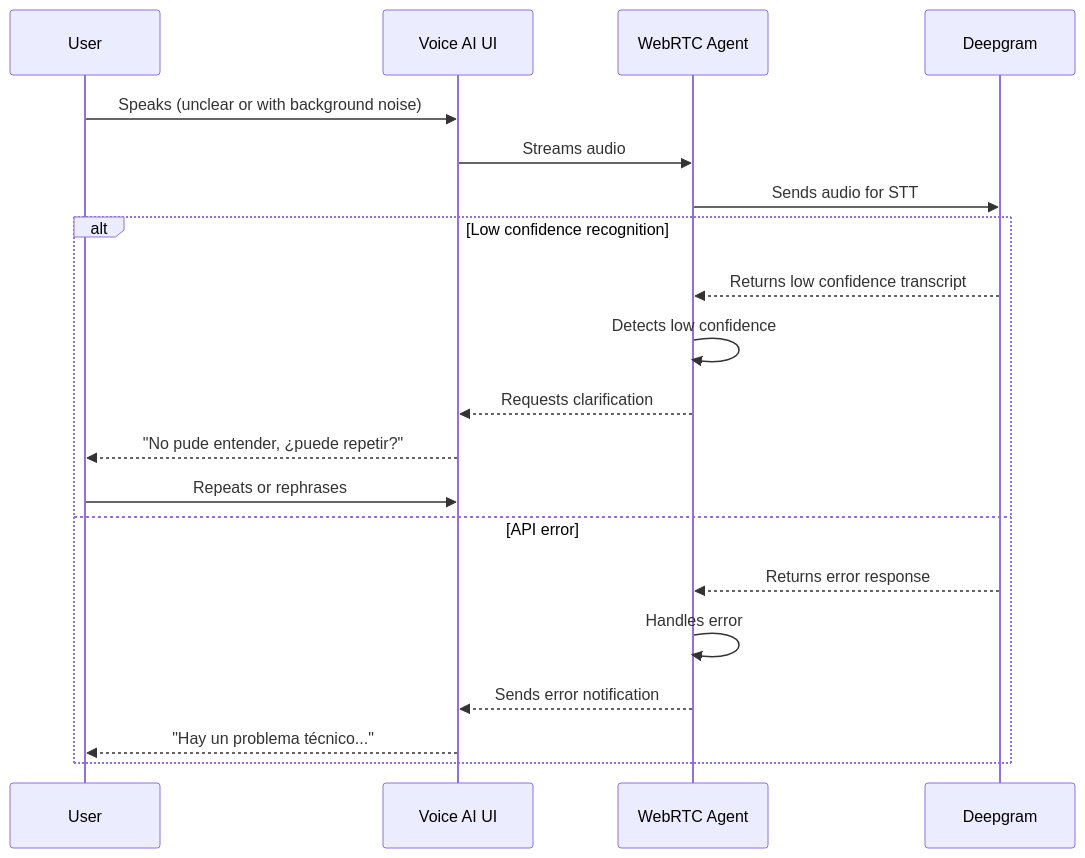
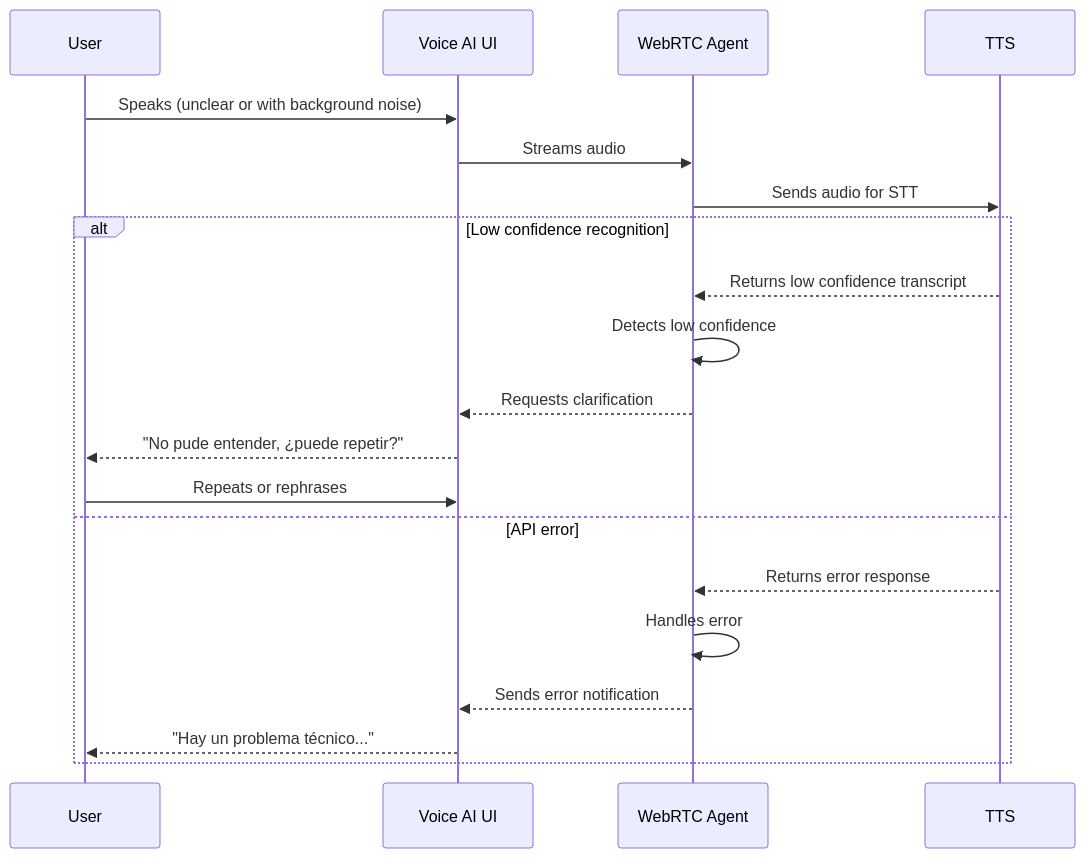
Before and after one commit to geniaops/TainaDocs: the seventh of 8 diagrams in docs/architecture/integration/2.6_API_Flow_Diagrams.md, drawn with Mermaid. The commit also changed other lines of this file and 17 other files, not shown here.

````diff
--- a/docs/architecture/integration/2.6_API_Flow_Diagrams.md
+++ b/docs/architecture/integration/2.6_API_Flow_Diagrams.md
@@ -491,24 +491,24 @@
 ```mermaid
 sequenceDiagram
     participant User
     participant Frontend as Voice AI UI
     participant Backend as WebRTC Agent
-    participant Deepgram
+    participant TTS
     
     User->>Frontend: Speaks (unclear or with background noise)
     Frontend->>Backend: Streams audio
-    Backend->>Deepgram: Sends audio for STT
+    Backend->>TTS: Sends audio for STT
     
     alt Low confidence recognition
-        Deepgram-->>Backend: Returns low confidence transcript
+        TTS-->>Backend: Returns low confidence transcript
         Backend->>Backend: Detects low confidence
         Backend-->>Frontend: Requests clarification
         Frontend-->>User: "No pude entender, ¿puede repetir?"
         User->>Frontend: Repeats or rephrases
     else API error
-        Deepgram-->>Backend: Returns error response
+        TTS-->>Backend: Returns error response
         Backend->>Backend: Handles error
         Backend-->>Frontend: Sends error notification
         Frontend-->>User: "Hay un problema técnico..."
     end
 ```
````
